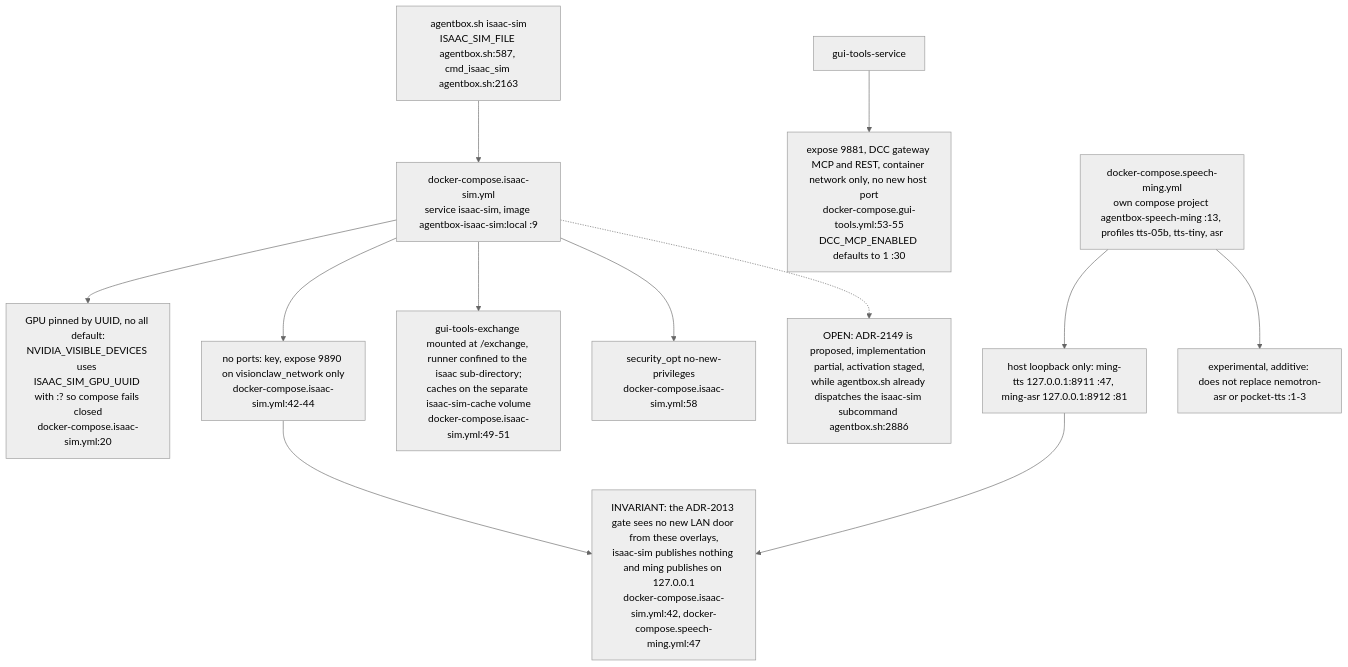
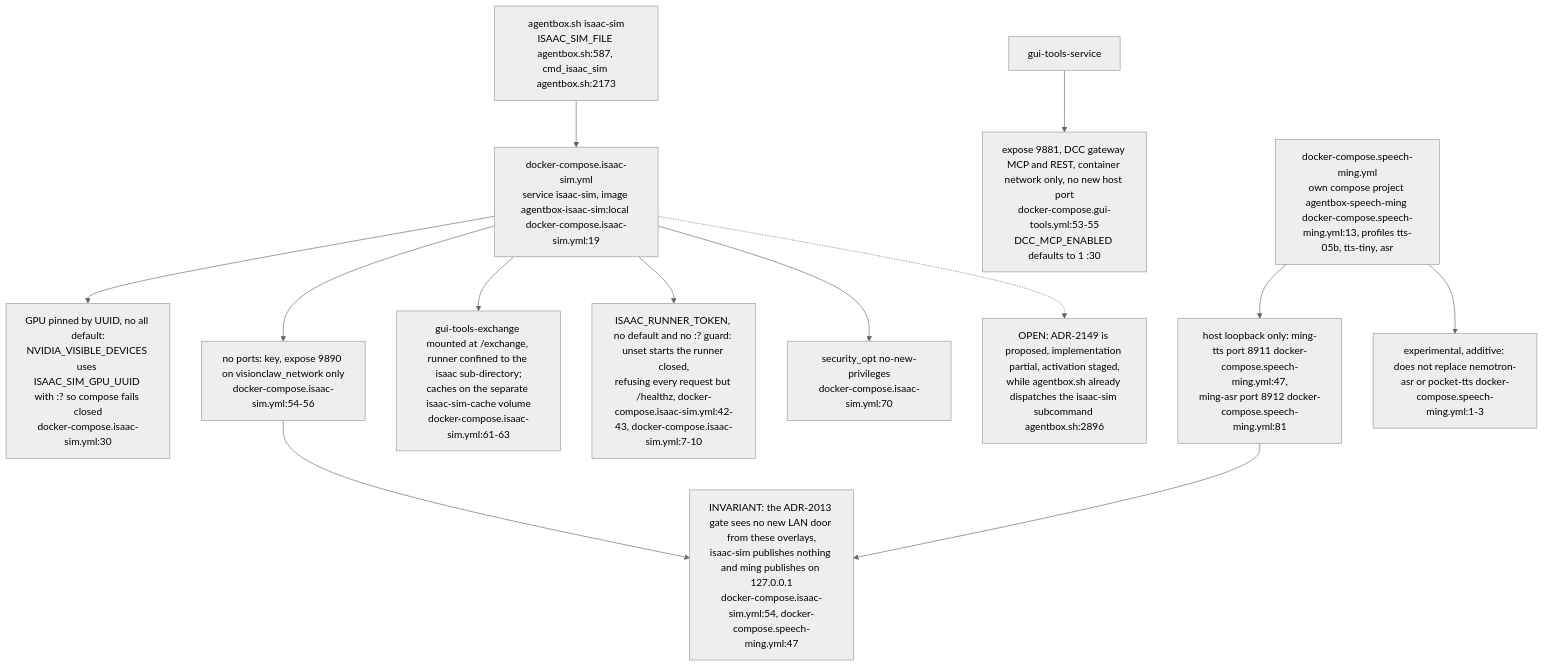
Before and after one commit to DreamLab-AI/VisionFlow: diagram 14 of 14 in docs/diagrams/agentbox/06-sidecars-and-compose-overlays.md, drawn with Mermaid (neutral theme). The commit also changed other lines of this file, not shown here.

````diff
--- a/docs/diagrams/agentbox/06-sidecars-and-compose-overlays.md
+++ b/docs/diagrams/agentbox/06-sidecars-and-compose-overlays.md
@@ -406,14 +420,15 @@
 ```mermaid
 flowchart TB
-    CLI["agentbox.sh isaac-sim<br/>ISAAC_SIM_FILE agentbox.sh:587, cmd_isaac_sim agentbox.sh:2163"] --> ISAAC["docker-compose.isaac-sim.yml<br/>service isaac-sim, image agentbox-isaac-sim:local :9"]
-    ISAAC --> GPU["GPU pinned by UUID, no all default:<br/>NVIDIA_VISIBLE_DEVICES uses ISAAC_SIM_GPU_UUID with :? so compose fails closed<br/>docker-compose.isaac-sim.yml:20"]
-    ISAAC --> NOPORT["no ports: key, expose 9890 on visionclaw_network only<br/>docker-compose.isaac-sim.yml:42-44"]
-    ISAAC --> EXV["gui-tools-exchange mounted at /exchange, runner confined to the isaac sub-directory;<br/>caches on the separate isaac-sim-cache volume<br/>docker-compose.isaac-sim.yml:49-51"]
-    ISAAC --> SECOPT["security_opt no-new-privileges<br/>docker-compose.isaac-sim.yml:58"]
+    CLI["agentbox.sh isaac-sim<br/>ISAAC_SIM_FILE agentbox.sh:587, cmd_isaac_sim agentbox.sh:2173"] --> ISAAC["docker-compose.isaac-sim.yml<br/>service isaac-sim, image agentbox-isaac-sim:local docker-compose.isaac-sim.yml:19"]
+    ISAAC --> GPU["GPU pinned by UUID, no all default:<br/>NVIDIA_VISIBLE_DEVICES uses ISAAC_SIM_GPU_UUID with :? so compose fails closed<br/>docker-compose.isaac-sim.yml:30"]
+    ISAAC --> NOPORT["no ports: key, expose 9890 on visionclaw_network only<br/>docker-compose.isaac-sim.yml:54-56"]
+    ISAAC --> EXV["gui-tools-exchange mounted at /exchange, runner confined to the isaac sub-directory;<br/>caches on the separate isaac-sim-cache volume<br/>docker-compose.isaac-sim.yml:61-63"]
+    ISAAC --> TOK["ISAAC_RUNNER_TOKEN, no default and no :? guard: unset starts the runner closed,<br/>refusing every request but /healthz, docker-compose.isaac-sim.yml:42-43, docker-compose.isaac-sim.yml:7-10"]
+    ISAAC --> SECOPT["security_opt no-new-privileges<br/>docker-compose.isaac-sim.yml:70"]
     GT["gui-tools-service"] --> DCC["expose 9881, DCC gateway MCP and REST, container network only, no new host port<br/>docker-compose.gui-tools.yml:53-55<br/>DCC_MCP_ENABLED defaults to 1 :30"]
-    MING["docker-compose.speech-ming.yml<br/>own compose project agentbox-speech-ming :13, profiles tts-05b, tts-tiny, asr"] --> MP["host loopback only: ming-tts 127.0.0.1:8911 :47, ming-asr 127.0.0.1:8912 :81"]
-    MING --> NOTE["experimental, additive: does not replace nemotron-asr or pocket-tts :1-3"]
-    NOPORT --> INV["INVARIANT: the ADR-2013 gate sees no new LAN door from these overlays,<br/>isaac-sim publishes nothing and ming publishes on 127.0.0.1<br/>docker-compose.isaac-sim.yml:42, docker-compose.speech-ming.yml:47"]
+    MING["docker-compose.speech-ming.yml<br/>own compose project agentbox-speech-ming docker-compose.speech-ming.yml:13, profiles tts-05b, tts-tiny, asr"] --> MP["host loopback only: ming-tts port 8911 docker-compose.speech-ming.yml:47,<br/>ming-asr port 8912 docker-compose.speech-ming.yml:81"]
+    MING --> NOTE["experimental, additive: does not replace nemotron-asr or pocket-tts docker-compose.speech-ming.yml:1-3"]
+    NOPORT --> INV["INVARIANT: the ADR-2013 gate sees no new LAN door from these overlays,<br/>isaac-sim publishes nothing and ming publishes on 127.0.0.1<br/>docker-compose.isaac-sim.yml:54, docker-compose.speech-ming.yml:47"]
     MP --> INV
-    ISAAC -.-> OPENA["OPEN: ADR-2149 is proposed, implementation partial, activation staged,<br/>while agentbox.sh already dispatches the isaac-sim subcommand agentbox.sh:2886"]
+    ISAAC -.-> OPENA["OPEN: ADR-2149 is proposed, implementation partial, activation staged,<br/>while agentbox.sh already dispatches the isaac-sim subcommand agentbox.sh:2896"]
 ```
````
